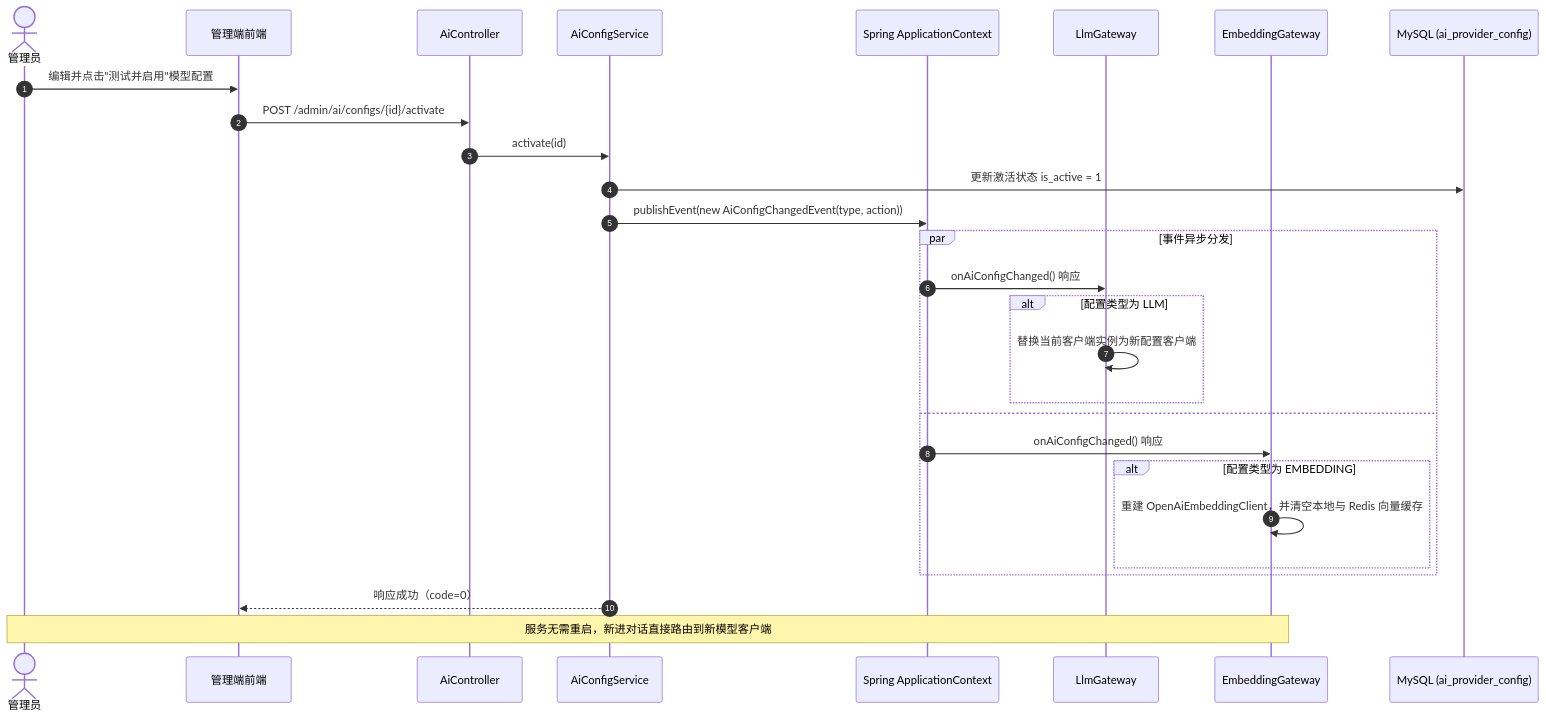
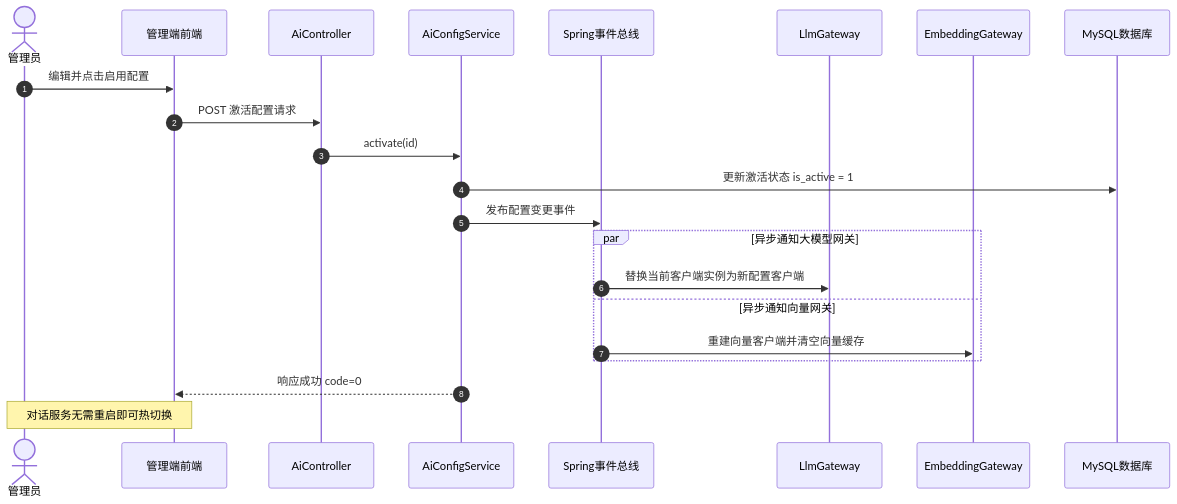
One commit to chuanshanjia666/RentAgent changed the second of 8 diagrams in doc/最终答辩成果物/02_项目开发/10.技术调查/技术调查报告.md. Above: the diagram before and after it, drawn with Mermaid. The commit also changed other lines of this file, not shown here.

````diff
--- a/doc/最终答辩成果物/02_项目开发/10.技术调查/技术调查报告.md
+++ b/doc/最终答辩成果物/02_项目开发/10.技术调查/技术调查报告.md
@@ -111,31 +111,25 @@
 ```mermaid
 sequenceDiagram
     autonumber
     actor Admin as 管理员
     participant WebUI as 管理端前端
     participant Controller as AiController
     participant Service as AiConfigService
-    participant EventBus as Spring ApplicationContext
+    participant EventBus as Spring事件总线
     participant LlmGW as LlmGateway
     participant EmbGW as EmbeddingGateway
-    participant DB as MySQL (ai_provider_config)
+    participant DB as MySQL数据库
 
-    Admin->>WebUI: 编辑并点击"测试并启用"模型配置
-    WebUI->>Controller: POST /admin/ai/configs/{id}/activate
+    Admin->>WebUI: 编辑并点击启用配置
+    WebUI->>Controller: POST 激活配置请求
     Controller->>Service: activate(id)
     Service->>DB: 更新激活状态 is_active = 1
-    Service->>EventBus: publishEvent(new AiConfigChangedEvent(type, action))
-    par 事件异步分发
-        EventBus->>LlmGW: onAiConfigChanged() 响应
-        alt 配置类型为 LLM
-            LlmGW->>LlmGW: 替换当前客户端实例为新配置客户端
-        end
-    and
-        EventBus->>EmbGW: onAiConfigChanged() 响应
-        alt 配置类型为 EMBEDDING
-            EmbGW->>EmbGW: 重建 OpenAiEmbeddingClient，并清空本地与 Redis 向量缓存
-        end
+    Service->>EventBus: 发布配置变更事件
+    par 异步通知大模型网关
+        EventBus->>LlmGW: 替换当前客户端实例为新配置客户端
+    and 异步通知向量网关
+        EventBus->>EmbGW: 重建向量客户端并清空向量缓存
     end
-    Service-->>WebUI: 响应成功（code=0）
-    Note over Admin,EmbGW: 服务无需重启，新进对话直接路由到新模型客户端
+    Service-->>WebUI: 响应成功 code=0
+    Note over Admin,WebUI: 对话服务无需重启即可热切换
 ```
````
